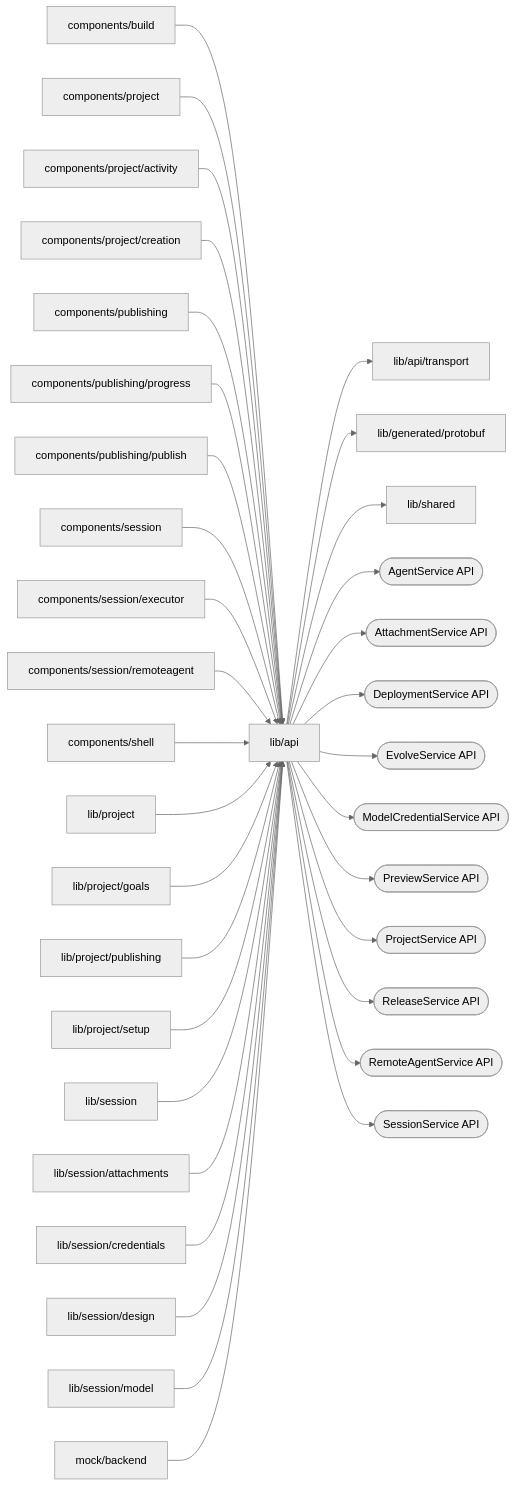
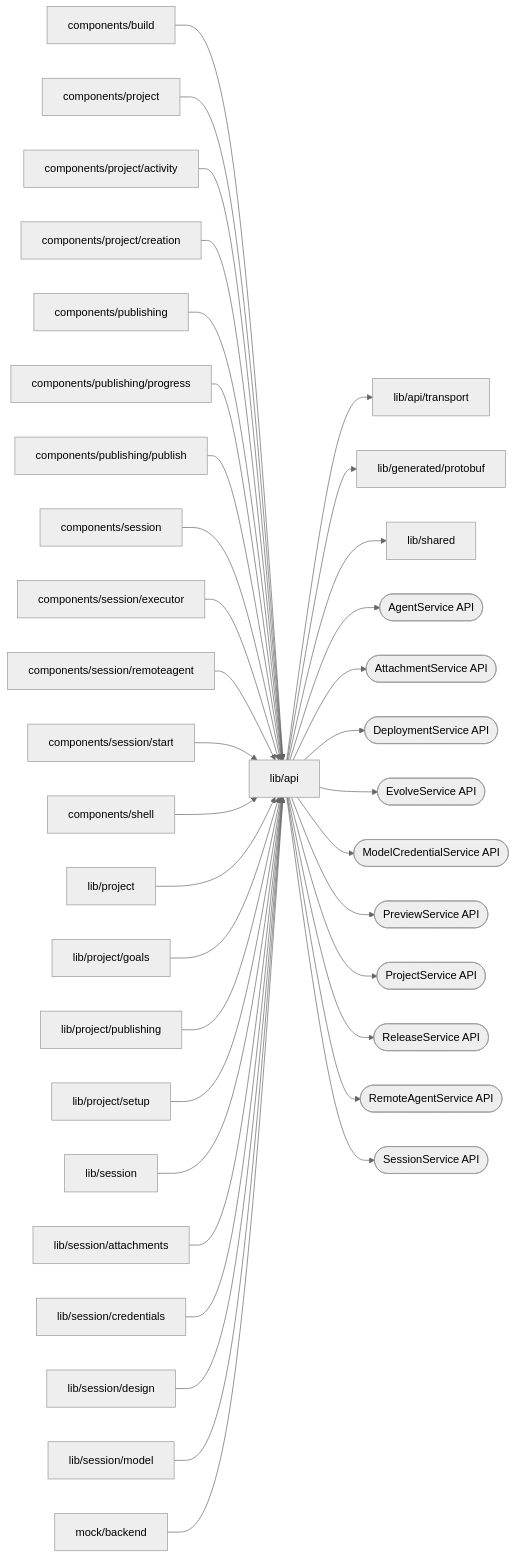
The diagram in web/studio/lib/api/README.md (superdurable/superverse), drawn with Mermaid (neutral theme) before and after one commit. The commit also changed other lines of this file and 30 other files, not shown here.

````diff
--- a/web/studio/lib/api/README.md
+++ b/web/studio/lib/api/README.md
@@ -10,38 +10,39 @@
 ```mermaid
 flowchart LR
   self["lib/api"]
   c0["components/build"] --> self
   c1["components/project"] --> self
   c2["components/project/activity"] --> self
   c3["components/project/creation"] --> self
   c4["components/publishing"] --> self
   c5["components/publishing/progress"] --> self
   c6["components/publishing/publish"] --> self
   c7["components/session"] --> self
   c8["components/session/executor"] --> self
   c9["components/session/remoteagent"] --> self
-  c10["components/shell"] --> self
-  c11["lib/project"] --> self
-  c12["lib/project/goals"] --> self
-  c13["lib/project/publishing"] --> self
-  c14["lib/project/setup"] --> self
-  c15["lib/session"] --> self
-  c16["lib/session/attachments"] --> self
-  c17["lib/session/credentials"] --> self
-  c18["lib/session/design"] --> self
-  c19["lib/session/model"] --> self
-  c20["mock/backend"] --> self
+  c10["components/session/start"] --> self
+  c11["components/shell"] --> self
+  c12["lib/project"] --> self
+  c13["lib/project/goals"] --> self
+  c14["lib/project/publishing"] --> self
+  c15["lib/project/setup"] --> self
+  c16["lib/session"] --> self
+  c17["lib/session/attachments"] --> self
+  c18["lib/session/credentials"] --> self
+  c19["lib/session/design"] --> self
+  c20["lib/session/model"] --> self
+  c21["mock/backend"] --> self
   self --> d0["lib/api/transport"]
   self --> d1["lib/generated/protobuf"]
   self --> d2["lib/shared"]
   self --> e0(["AgentService API"])
   self --> e1(["AttachmentService API"])
   self --> e2(["DeploymentService API"])
   self --> e3(["EvolveService API"])
   self --> e4(["ModelCredentialService API"])
   self --> e5(["PreviewService API"])
   self --> e6(["ProjectService API"])
   self --> e7(["ReleaseService API"])
   self --> e8(["RemoteAgentService API"])
   self --> e9(["SessionService API"])
 ```
````
